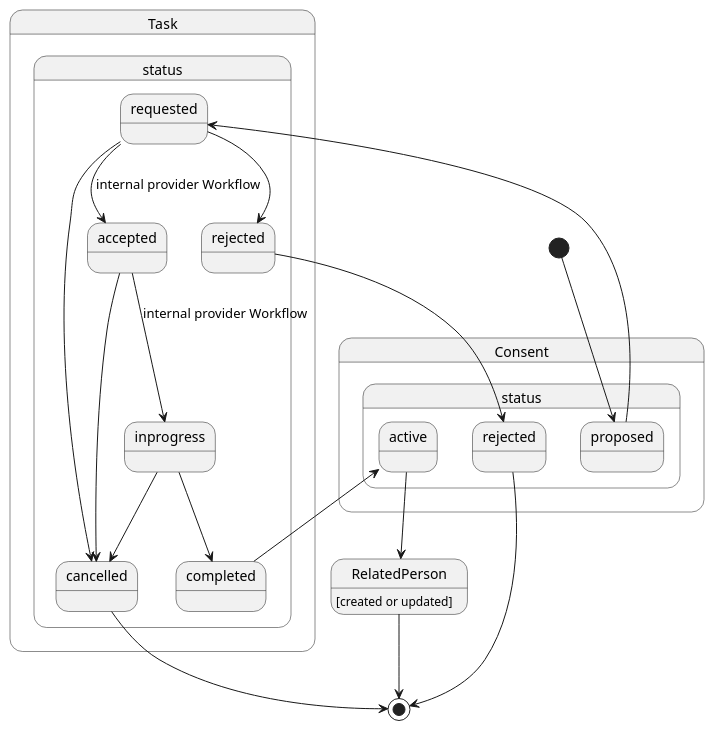
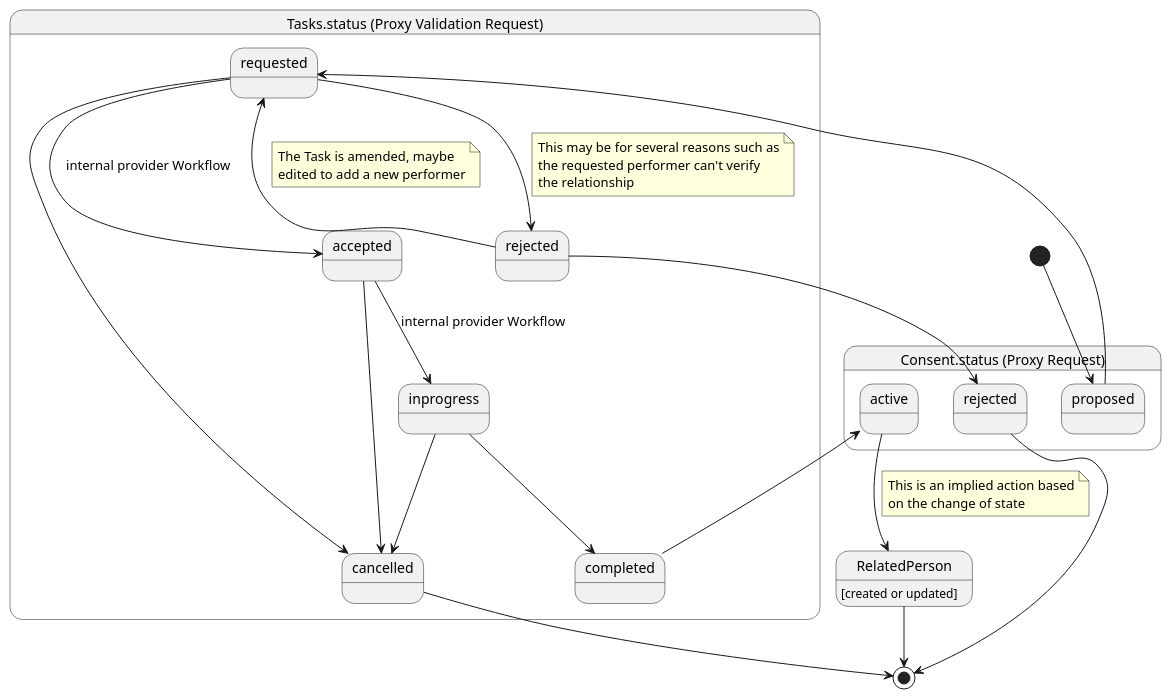
One commit to NHSDigital/interoperability-standards-documentation changed the diagram in input/images-source/national-proxy-service-state-diagram.plantuml. Above: the diagram before and after it, drawn with PlantUML. The commit also changed 230 other files, not shown here.

Commit message:
Exploring state diagrams

```diff
--- a/input/images-source/national-proxy-service-state-diagram.plantuml
+++ b/input/images-source/national-proxy-service-state-diagram.plantuml
@@ -1,22 +1,44 @@
 @startuml
 
 
-[*] --> Consent.status.proposed
-Consent.status.proposed --> Task.status.requested
-Task.status.requested --> Task.status.accepted: internal provider Workflow
-Task.status.requested --> Task.status.rejected
-Task.status.accepted --> Task.status.inprogress: internal provider Workflow
-Task.status.accepted --> Task.status.cancelled
-Task.status.inprogress --> Task.status.completed
-Task.status.inprogress --> Task.status.cancelled
-Task.status.requested --> Task.status.cancelled
-Task.status.completed --> Consent.status.active
-Task.status.rejected --> Consent.status.rejected
-Task.status.cancelled --> [*]
-Consent.status.active --> RelatedPerson
-Consent.status.rejected --> [*]
+state Consentstatus as "Consent.status (Proxy Request)" {
+}
+
+state Taskstatus as "Tasks.status (Proxy Validation Request)" {
+}
+
+
+
+[*] --> Consentstatus.proposed
+Consentstatus.proposed --> Taskstatus.requested
+Taskstatus.requested --> Taskstatus.accepted: internal provider Workflow
+Taskstatus.requested --> Taskstatus.rejected
+note on link
+  This may be for several reasons such as
+  the requested performer can't verify
+  the relationship
+end note
+Taskstatus.accepted --> Taskstatus.inprogress: internal provider Workflow
+Taskstatus.accepted --> Taskstatus.cancelled
+Taskstatus.inprogress --> Taskstatus.completed
+Taskstatus.inprogress --> Taskstatus.cancelled
+Taskstatus.requested --> Taskstatus.cancelled
+Taskstatus.completed --> Consentstatus.active
+Taskstatus.rejected --> Taskstatus.requested
+note on link
+  The Task is amended, maybe
+  edited to add a new performer
+end note
+Taskstatus.rejected --> Consentstatus.rejected
+Taskstatus.cancelled --> [*]
+Consentstatus.active --> RelatedPerson
+note on link
+  This is an implied action based
+  on the change of state
+end note
+Consentstatus.rejected --> [*]
 RelatedPerson --> [*]
 
 RelatedPerson : [created or updated]
 
 @enduml
```
